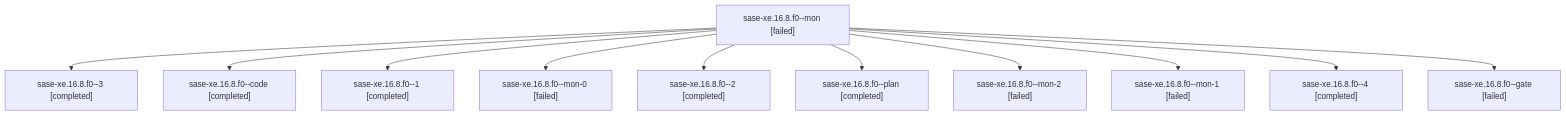
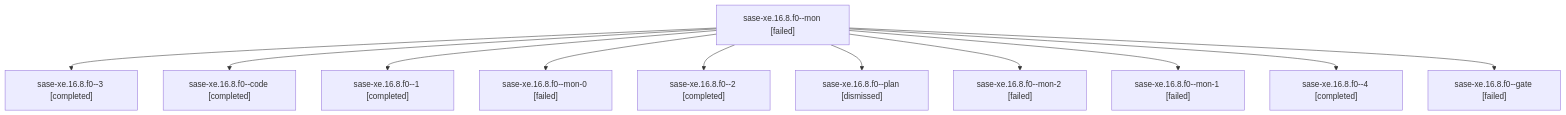
Before and after one commit to sase-org/sase--agents: the diagram in families/bbugyi200.athena.sase-xe.16.8.f0.md, drawn with Mermaid. The commit also changed other lines of this file and 666 other files, not shown here.

````diff
--- a/families/bbugyi200.athena.sase-xe.16.8.f0.md
+++ b/families/bbugyi200.athena.sase-xe.16.8.f0.md
@@ -9,24 +9,24 @@
 ```mermaid
 flowchart TD
   n0["sase-xe.16.8.f0--mon [failed]"]
   n1["sase-xe.16.8.f0--3 [completed]"]
   n0 --> n1
   n2["sase-xe.16.8.f0--code [completed]"]
   n0 --> n2
   n3["sase-xe.16.8.f0--1 [completed]"]
   n0 --> n3
   n4["sase-xe.16.8.f0--mon-0 [failed]"]
   n0 --> n4
   n5["sase-xe.16.8.f0--2 [completed]"]
   n0 --> n5
-  n6["sase-xe.16.8.f0--plan [completed]"]
+  n6["sase-xe.16.8.f0--plan [dismissed]"]
   n0 --> n6
   n7["sase-xe.16.8.f0--mon-2 [failed]"]
   n0 --> n7
   n8["sase-xe.16.8.f0--mon-1 [failed]"]
   n0 --> n8
   n9["sase-xe.16.8.f0--4 [completed]"]
   n0 --> n9
   n10["sase-xe.16.8.f0--gate [failed]"]
   n0 --> n10
 ```
````
